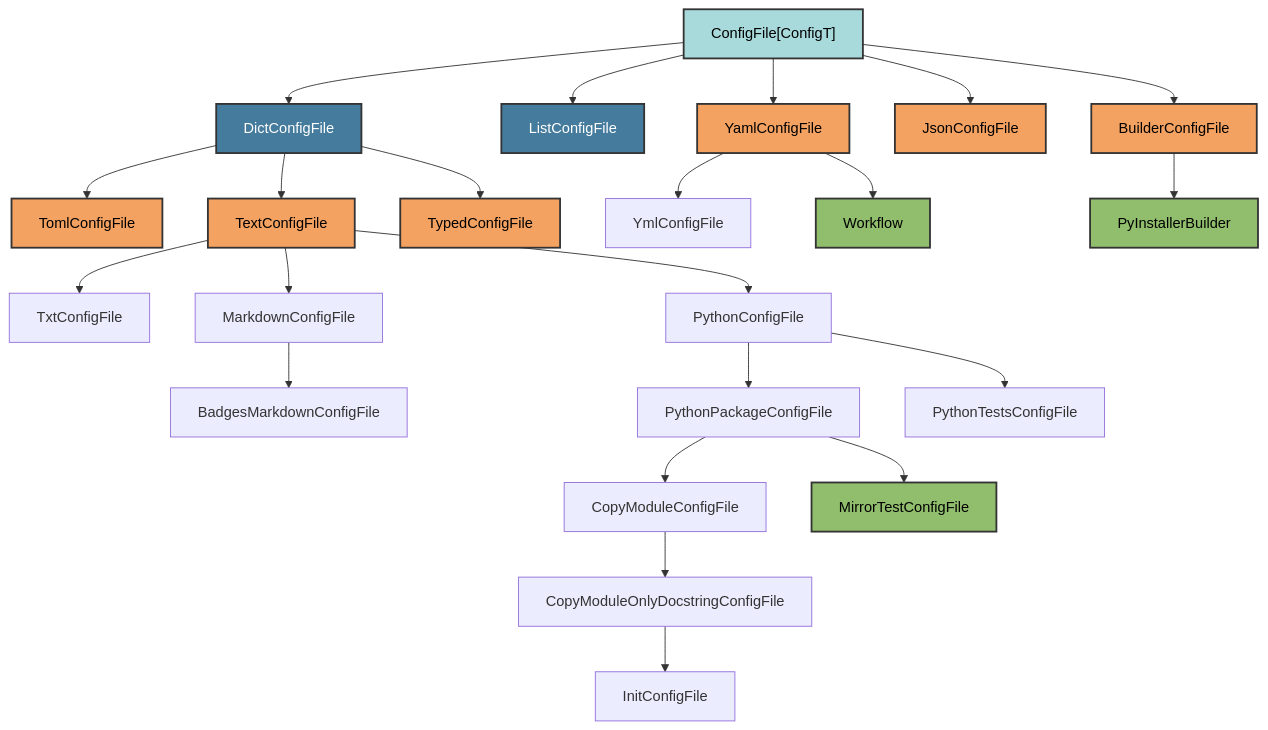
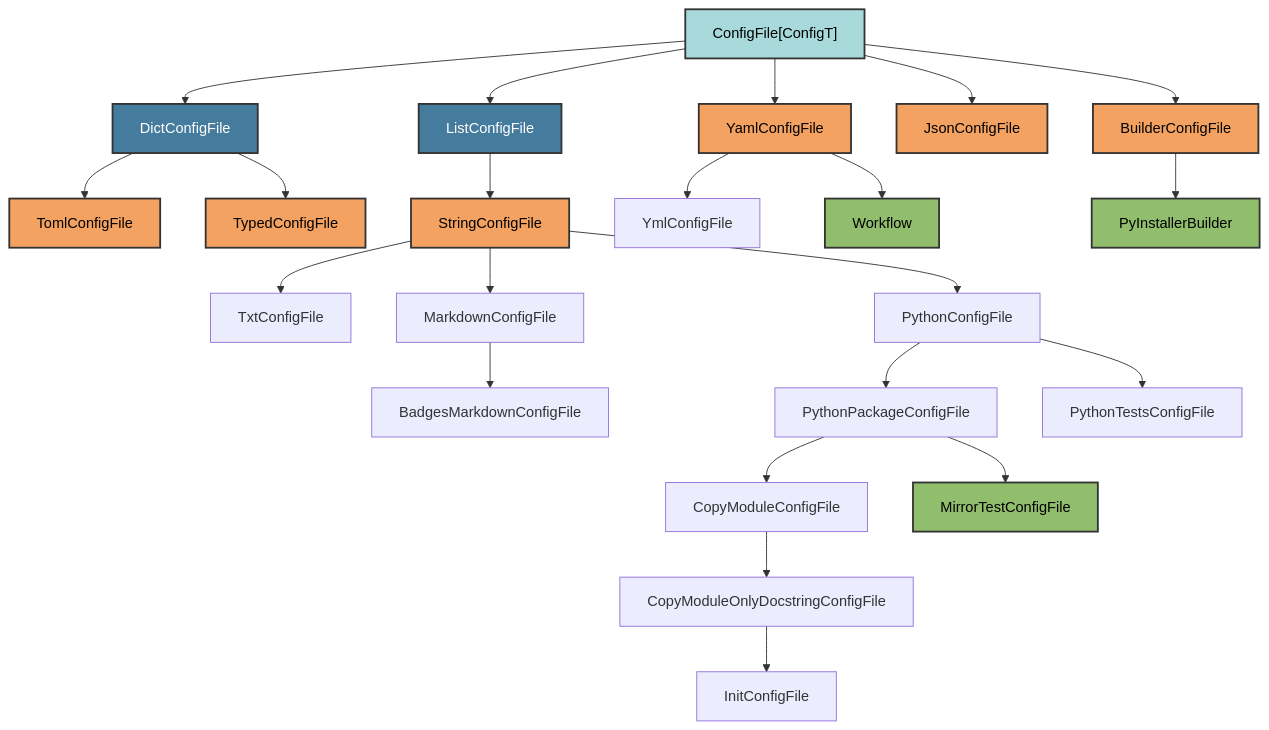
One commit to Winipedia/pyrig changed the first of 3 diagrams in docs/configs/architecture.md. Above: the diagram before and after it, drawn with Mermaid. The commit also changed other lines of this file and 61 other files, not shown here.

````diff
--- a/docs/configs/architecture.md
+++ b/docs/configs/architecture.md
@@ -18,44 +18,45 @@
 ```mermaid
 graph TD
     A["ConfigFile[ConfigT]"] --> H[DictConfigFile]
     A --> I[ListConfigFile]
     A --> B[YamlConfigFile]
     A --> F[JsonConfigFile]
     A --> G[BuilderConfigFile]
 
     H --> C[TomlConfigFile]
-    H --> D[TextConfigFile]
     H --> E[TypedConfigFile]
+
+    I --> D[StringConfigFile]
 
     B --> B1[YmlConfigFile]
     B --> B2[Workflow]
 
     D --> D1[TxtConfigFile]
     D --> D2[MarkdownConfigFile]
     D --> D3[PythonConfigFile]
 
     D2 --> D2A[BadgesMarkdownConfigFile]
 
     D3 --> D3A[PythonPackageConfigFile]
     D3 --> D3B[PythonTestsConfigFile]
 
     D3A --> D3A1[CopyModuleConfigFile]
     D3A --> D3A2[MirrorTestConfigFile]
     D3A1 --> D3A1A[CopyModuleOnlyDocstringConfigFile]
     D3A1A --> D3A1A1[InitConfigFile]
 
     G --> G1[PyInstallerBuilder]
 
     style A fill:#a8dadc,stroke:#333,stroke-width:2px,color:#000
     style H fill:#457b9d,stroke:#333,stroke-width:2px,color:#fff
     style I fill:#457b9d,stroke:#333,stroke-width:2px,color:#fff
     style B fill:#f4a261,stroke:#333,stroke-width:2px,color:#000
     style C fill:#f4a261,stroke:#333,stroke-width:2px,color:#000
     style D fill:#f4a261,stroke:#333,stroke-width:2px,color:#000
     style E fill:#f4a261,stroke:#333,stroke-width:2px,color:#000
     style F fill:#f4a261,stroke:#333,stroke-width:2px,color:#000
     style G fill:#f4a261,stroke:#333,stroke-width:2px,color:#000
     style B2 fill:#90be6d,stroke:#333,stroke-width:2px,color:#000
     style D3A2 fill:#90be6d,stroke:#333,stroke-width:2px,color:#000
     style G1 fill:#90be6d,stroke:#333,stroke-width:2px,color:#000
 ```
````
